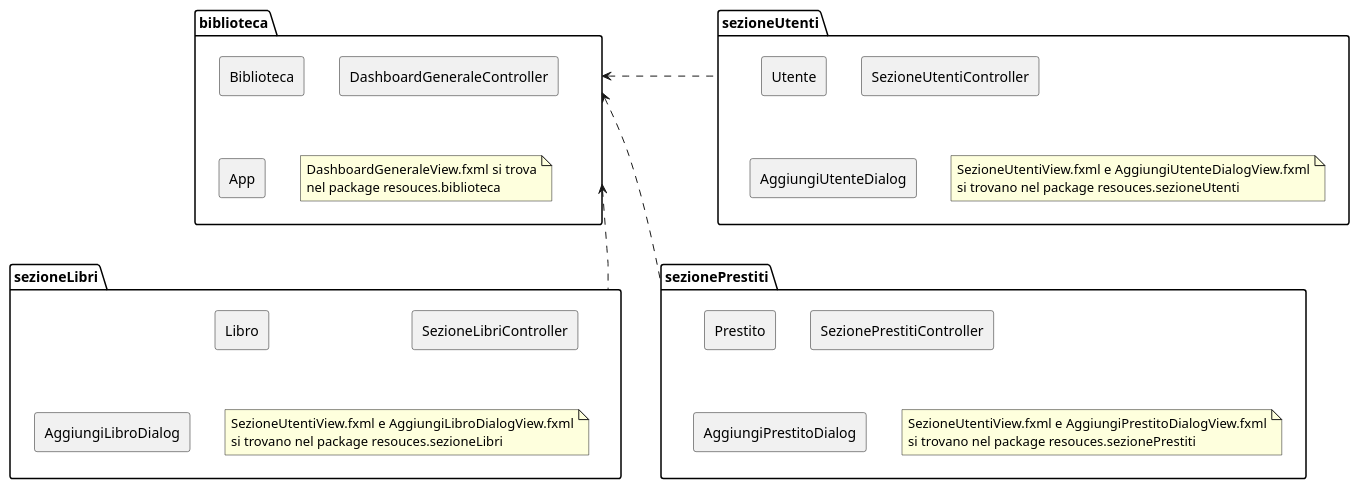
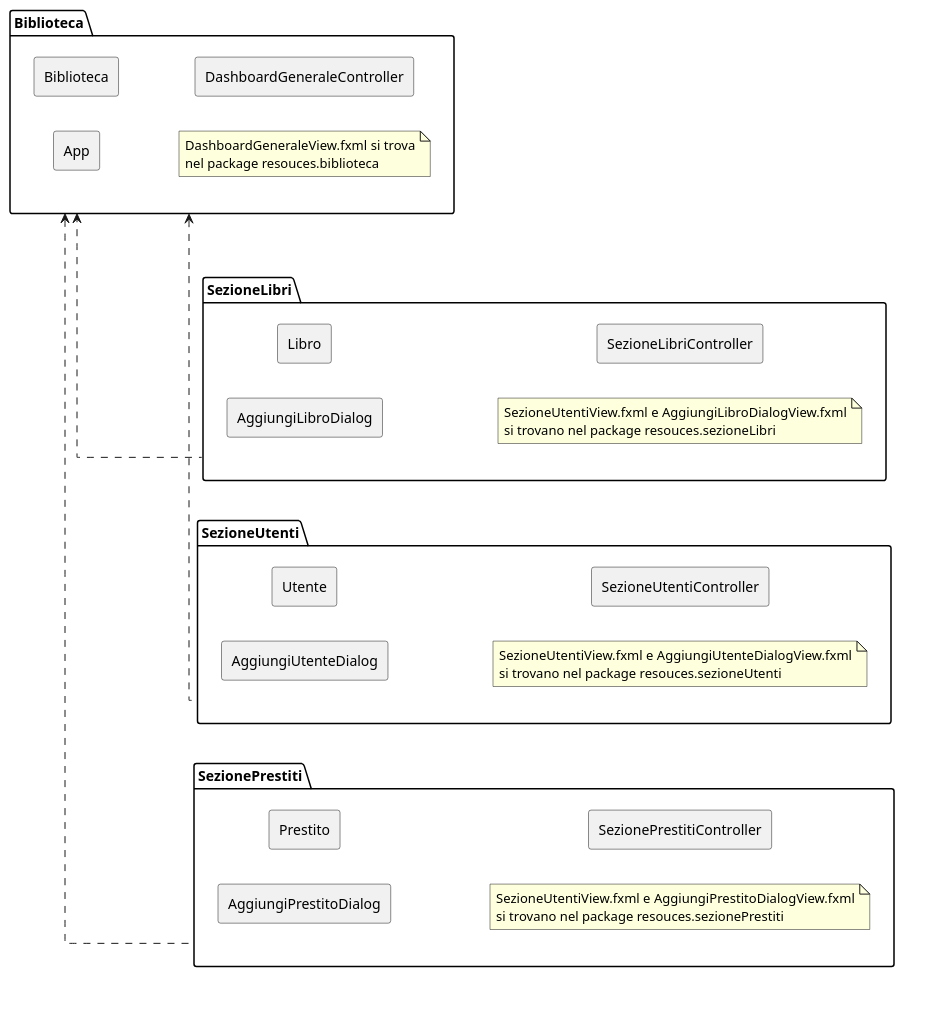
Before and after one commit to AngeloMastandrea04/SoftEng2025_G19: the diagram in Diagrams/Package Diagrams/PackageGenerale.puml, drawn with PlantUML.

Commit message:
Modifica layout PackageGenerale.puml
Aggiornato PackageGenerale.puml per migliorarne il layout.

```diff
--- a/Diagrams/Package Diagrams/PackageGenerale.puml
+++ b/Diagrams/Package Diagrams/PackageGenerale.puml
@@ -1,35 +1,43 @@
 @startuml generale
-
-package biblioteca{
-agent Biblioteca
+skinparam Linetype ortho
+skinparam rectangle {
+    borderColor transparent
+}
+left to right direction
+package Biblioteca{
+agent App
+agent Biblioteca as BibClass
+note "DashboardGeneraleView.fxml si trova\nnel package resouces.biblioteca" as N1
 agent DashboardGeneraleController
-agent App
-note "DashboardGeneraleView.fxml si trova\nnel package resouces.biblioteca" as N1
 }
 
-package sezioneUtenti{
+rectangle {
+package SezioneUtenti{
+agent AggiungiUtenteDialog
 agent Utente
+note "SezioneUtentiView.fxml e AggiungiUtenteDialogView.fxml\nsi trovano nel package resouces.sezioneUtenti" as N2
 agent SezioneUtentiController
-agent AggiungiUtenteDialog
-note "SezioneUtentiView.fxml e AggiungiUtenteDialogView.fxml\nsi trovano nel package resouces.sezioneUtenti" as N2
 }
 
-package sezioneLibri{
+package SezioneLibri{
+agent AggiungiLibroDialog
 agent Libro
+note "SezioneUtentiView.fxml e AggiungiLibroDialogView.fxml\nsi trovano nel package resouces.sezioneLibri" as N3
 agent SezioneLibriController
-agent AggiungiLibroDialog
-note "SezioneUtentiView.fxml e AggiungiLibroDialogView.fxml\nsi trovano nel package resouces.sezioneLibri" as N3
 }
 
-package sezionePrestiti{
+package SezionePrestiti{
+agent AggiungiPrestitoDialog
 agent Prestito
+note "SezioneUtentiView.fxml e AggiungiPrestitoDialogView.fxml\nsi trovano nel package resouces.sezionePrestiti" as N4
 agent SezionePrestitiController
-agent AggiungiPrestitoDialog
-note "SezioneUtentiView.fxml e AggiungiPrestitoDialogView.fxml\nsi trovano nel package resouces.sezionePrestiti" as N4
 }
+}
+Biblioteca <.down. SezioneUtenti
+Biblioteca <.down. SezioneLibri
+Biblioteca <.down. SezionePrestiti
 
-sezioneUtenti .left.> biblioteca
-sezioneLibri .up.> biblioteca
-sezionePrestiti .left.> biblioteca
-
+SezionePrestiti -[hidden]right- SezioneLibri
+SezionePrestiti -[hidden]right- SezioneUtenti
+SezioneLibri -[hidden]left- SezioneUtenti
 @enduml
```
